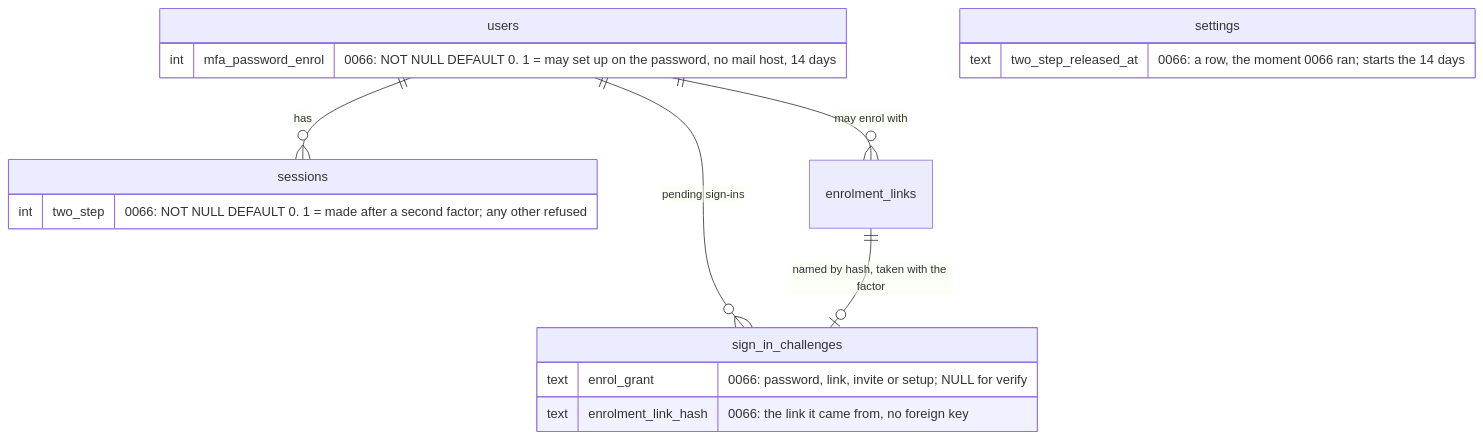
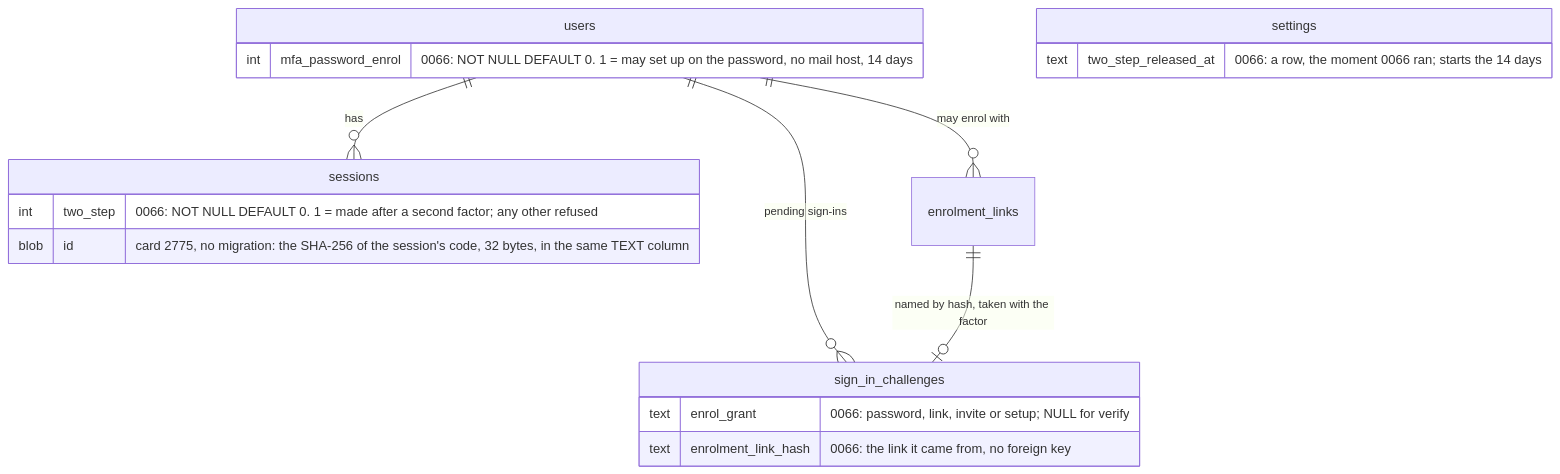
One commit to gitBoon/DumpFire changed diagram 15 of 38 in docs/data-model.md. Above: the diagram before and after it, drawn with Mermaid. The commit also changed other lines of this file and 63 other files, not shown here.

````diff
--- a/docs/data-model.md
+++ b/docs/data-model.md
@@ -1351,20 +1351,21 @@
 ```mermaid
 erDiagram
     users ||--o{ sessions : has
     users ||--o{ sign_in_challenges : "pending sign-ins"
     users ||--o{ enrolment_links : "may enrol with"
     enrolment_links ||--o| sign_in_challenges : "named by hash, taken with the factor"
     users {
         int mfa_password_enrol "0066: NOT NULL DEFAULT 0. 1 = may set up on the password, no mail host, 14 days"
     }
     sessions {
         int two_step "0066: NOT NULL DEFAULT 0. 1 = made after a second factor; any other refused"
+        blob id "card 2775, no migration: the SHA-256 of the session's code, 32 bytes, in the same TEXT column"
     }
     sign_in_challenges {
         text enrol_grant "0066: password, link, invite or setup; NULL for verify"
         text enrolment_link_hash "0066: the link it came from, no foreign key"
     }
     settings {
         text two_step_released_at "0066: a row, the moment 0066 ran; starts the 14 days"
     }
 ```
````
